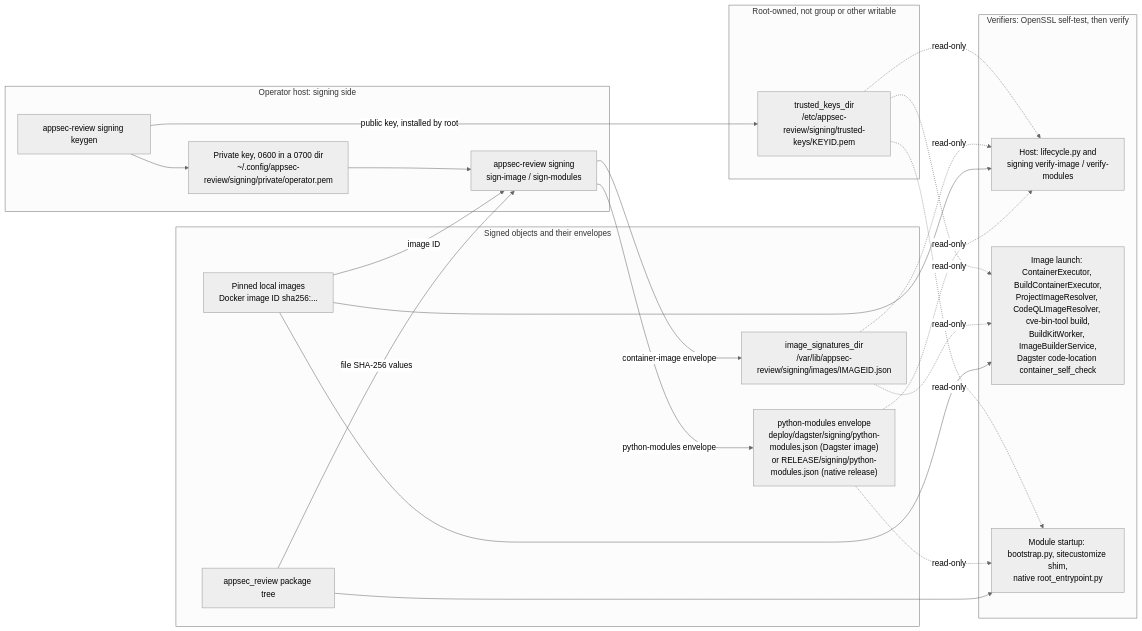
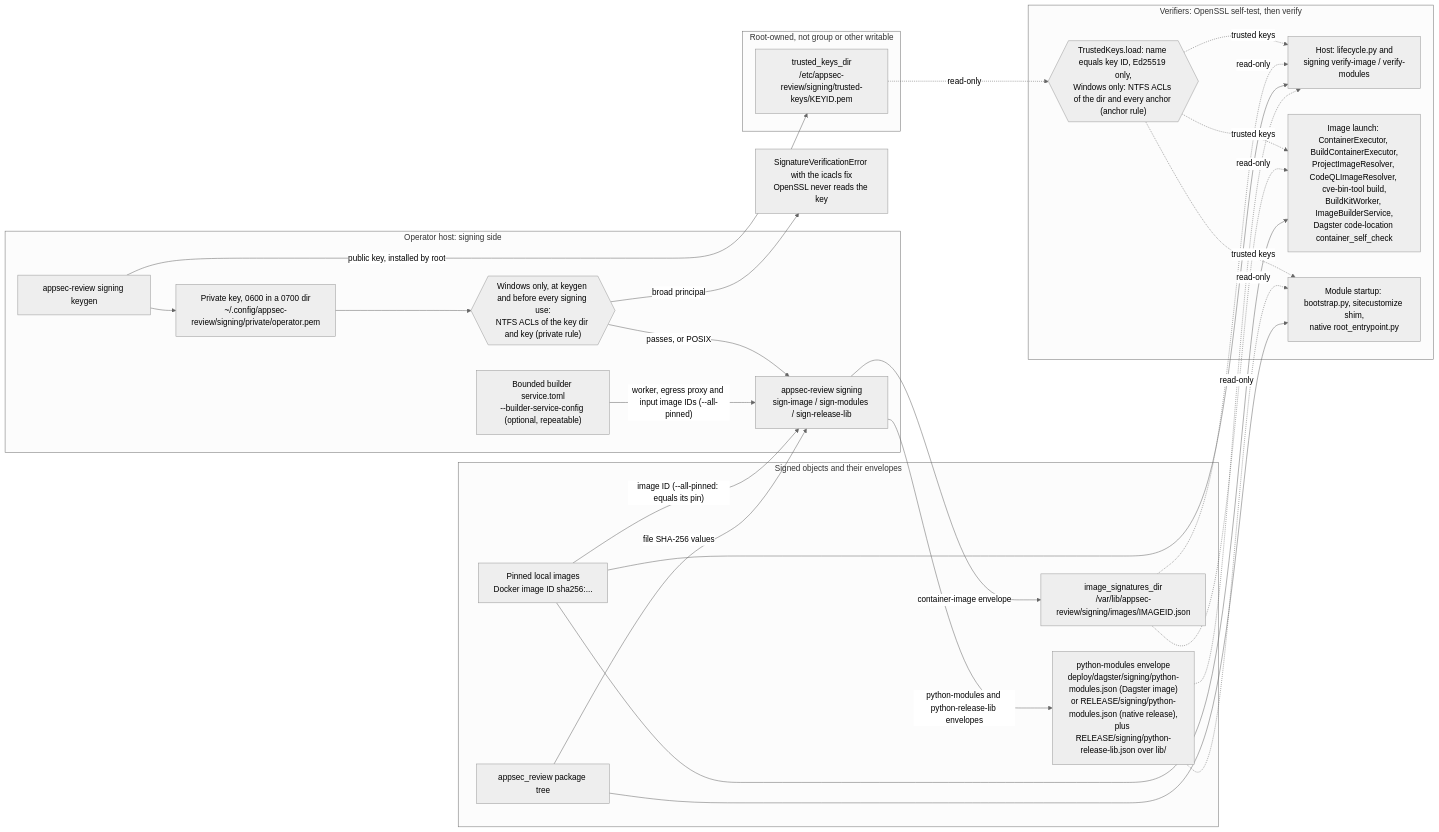
Before and after one commit to wsollers/appsec-review: the first of 5 diagrams in docs/operations/signing.md, drawn with Mermaid (neutral theme). The commit also changed other lines of this file and 2 other files, not shown here.

First line of the commit message:
Docs: record signing-gap-closure residuals and Windows signing-use ACL checks

````diff
--- a/docs/operations/signing.md
+++ b/docs/operations/signing.md
@@ -74,34 +77,41 @@
 ```mermaid
 flowchart LR
     subgraph host["Operator host: signing side"]
         keygen["appsec-review signing keygen"]
         key["Private key, 0600 in a 0700 dir<br/>~/.config/appsec-review/signing/private/operator.pem"]
-        signer["appsec-review signing<br/>sign-image / sign-modules"]
+        keyacl{{"Windows only, at keygen and before every signing use:<br/>NTFS ACLs of the key dir and key (private rule)"}}
+        signer["appsec-review signing<br/>sign-image / sign-modules / sign-release-lib"]
+        svcconf["Bounded builder service.toml<br/>--builder-service-config (optional, repeatable)"]
     end
     subgraph anchors["Root-owned, not group or other writable"]
         trusted["trusted_keys_dir<br/>/etc/appsec-review/signing/trusted-keys/KEYID.pem"]
     end
     subgraph objects["Signed objects and their envelopes"]
         images["Pinned local images<br/>Docker image ID sha256:..."]
         sigs["image_signatures_dir<br/>/var/lib/appsec-review/signing/images/IMAGEID.json"]
         tree["appsec_review package tree"]
-        manifest["python-modules envelope<br/>deploy/dagster/signing/python-modules.json (Dagster image)<br/>or RELEASE/signing/python-modules.json (native release)"]
+        manifest["python-modules envelope<br/>deploy/dagster/signing/python-modules.json (Dagster image)<br/>or RELEASE/signing/python-modules.json (native release),<br/>plus RELEASE/signing/python-release-lib.json over lib/"]
     end
     subgraph verifiers["Verifiers: OpenSSL self-test, then verify"]
+        anchoracl{{"TrustedKeys.load: name equals key ID, Ed25519 only,<br/>Windows only: NTFS ACLs of the dir and every anchor (anchor rule)"}}
         hostv["Host: lifecycle.py and<br/>signing verify-image / verify-modules"]
         imgv["Image launch: ContainerExecutor, BuildContainerExecutor,<br/>ProjectImageResolver, CodeQLImageResolver, cve-bin-tool build,<br/>BuildKitWorker, ImageBuilderService,<br/>Dagster code-location container_self_check"]
         modv["Module startup: bootstrap.py, sitecustomize shim,<br/>native root_entrypoint.py"]
     end
     keygen --> key
     keygen -- "public key, installed by root" --> trusted
-    key --> signer
-    images -- "image ID" --> signer
+    key --> keyacl
+    keyacl -- "passes, or POSIX" --> signer
+    keyacl -- "broad principal" --> keyrefused["SignatureVerificationError with the icacls fix<br/>OpenSSL never reads the key"]
+    images -- "image ID (--all-pinned: equals its pin)" --> signer
+    svcconf -- "worker, egress proxy and input image IDs (--all-pinned)" --> signer
     tree -- "file SHA-256 values" --> signer
     signer -- "container-image envelope" --> sigs
-    signer -- "python-modules envelope" --> manifest
-    trusted -. "read-only" .-> hostv & imgv & modv
+    signer -- "python-modules and python-release-lib envelopes" --> manifest
+    trusted -. "read-only" .-> anchoracl
+    anchoracl -. "trusted keys" .-> hostv & imgv & modv
     sigs -. "read-only" .-> hostv & imgv
     images --> hostv & imgv
     manifest -. "read-only" .-> hostv & modv
     tree --> modv
 ```
````
